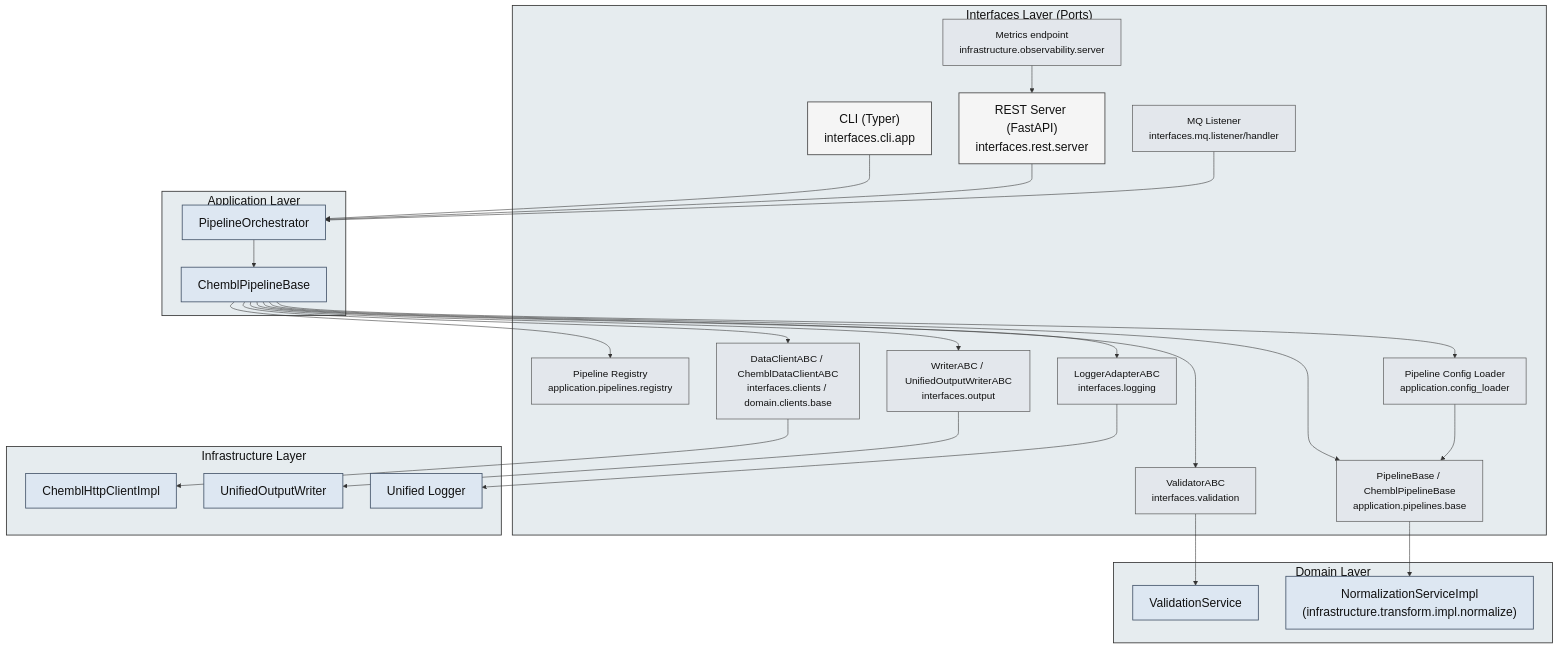
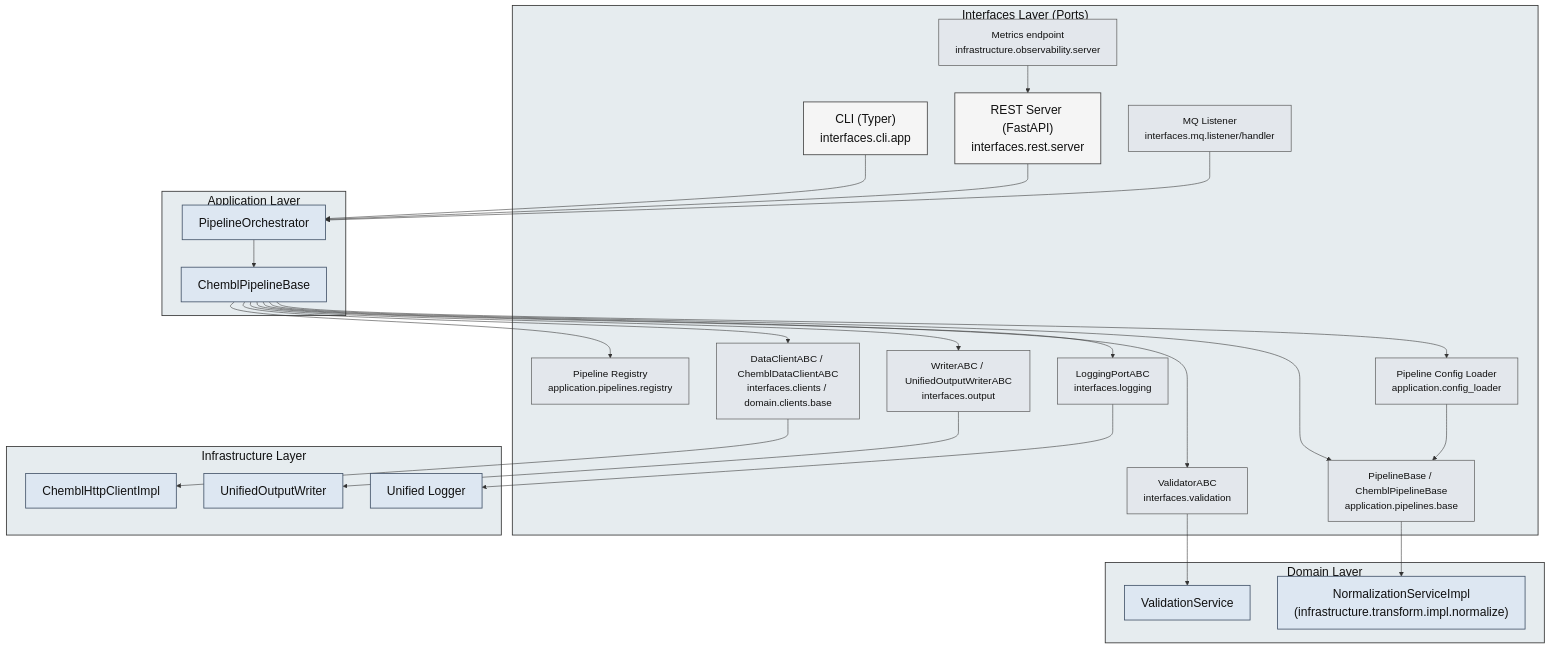
The diagram in docs/architecture/diagrams/component/04-interfaces-components.mmd (SatoryKono/BioactivityDataAcquisition), drawn with Mermaid before and after one commit. The commit also changed 24 other files, not shown here.

```diff
--- a/docs/architecture/diagrams/component/04-interfaces-components.mmd
+++ b/docs/architecture/diagrams/component/04-interfaces-components.mmd
@@ -1,63 +1,63 @@
 ---
 id: 6c47be5a-03c8-4c4b-9294-6d7b1f6c2b4c
 ---
 flowchart TB
 
 classDef componentPrimary   fill:#f5f5f5,stroke:#444,stroke-width:1.5px,color:#111,font-size:22px;
 classDef componentSecondary fill:#e3e7ec,stroke:#555,stroke-width:1.2px,color:#111,font-size:18px;
 classDef external           fill:#dde7f2,stroke:#44546a,stroke-width:1.5px,color:#111,font-size:22px;
 classDef group              fill:#e6ecef,stroke:#333,stroke-width:1.5px,color:#111,font-size:22px;
 
 subgraph Interfaces["Interfaces Layer (Ports)"]
     CLI["CLI (Typer)\ninterfaces.cli.app"]:::componentPrimary
     REST["REST Server (FastAPI)\ninterfaces.rest.server"]:::componentPrimary
     MQ["MQ Listener\ninterfaces.mq.listener/handler"]:::componentSecondary
 
     PipelinePorts["PipelineBase / ChemblPipelineBase\napplication.pipelines.base"]:::componentSecondary
     PipelineRegistry["Pipeline Registry\napplication.pipelines.registry"]:::componentSecondary
     ConfigLoader["Pipeline Config Loader\napplication.config_loader"]:::componentSecondary
     ClientPorts["DataClientABC / ChemblDataClientABC\ninterfaces.clients / domain.clients.base"]:::componentSecondary
     WriterPorts["WriterABC / UnifiedOutputWriterABC\ninterfaces.output"]:::componentSecondary
     ValidatorPorts["ValidatorABC\ninterfaces.validation"]:::componentSecondary
-    LoggerPorts["LoggerAdapterABC\ninterfaces.logging"]:::componentSecondary
+    LoggerPorts["LoggingPortABC\ninterfaces.logging"]:::componentSecondary
     MetricsPort["Metrics endpoint\ninfrastructure.observability.server"]:::componentSecondary
 end
 class Interfaces group;
 
 subgraph Application["Application Layer"]
     Orchestrator["PipelineOrchestrator"]:::external
     Pipelines["ChemblPipelineBase"]:::external
 end
 class Application group;
 
 subgraph Domain["Domain Layer"]
     Validation["ValidationService"]:::external
     Normalization["NormalizationServiceImpl\n(infrastructure.transform.impl.normalize)"]:::external
 end
 class Domain group;
 
 subgraph Infrastructure["Infrastructure Layer"]
     Clients["ChemblHttpClientImpl"]:::external
     Output["UnifiedOutputWriter"]:::external
     Logging["Unified Logger"]:::external
 end
 class Infrastructure group;
 
 CLI --> Orchestrator
 REST --> Orchestrator
 MQ --> Orchestrator
 MetricsPort --> REST
 Orchestrator --> Pipelines
 Pipelines --> PipelinePorts
 Pipelines --> PipelineRegistry
 Pipelines --> ConfigLoader
 Pipelines --> ClientPorts
 Pipelines --> WriterPorts
 Pipelines --> ValidatorPorts
 Pipelines --> LoggerPorts
 ClientPorts --> Clients
 WriterPorts --> Output
 ValidatorPorts --> Validation
 PipelinePorts --> Normalization
 LoggerPorts --> Logging
 ConfigLoader --> PipelinePorts
```
